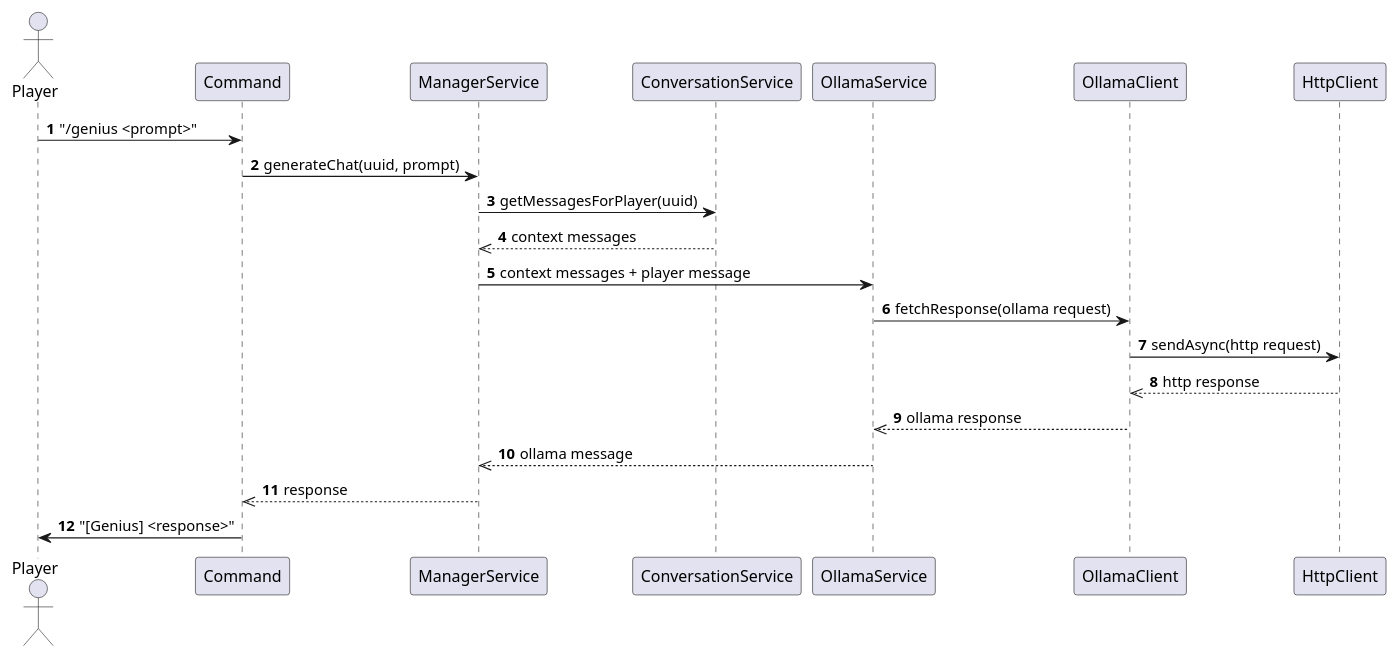
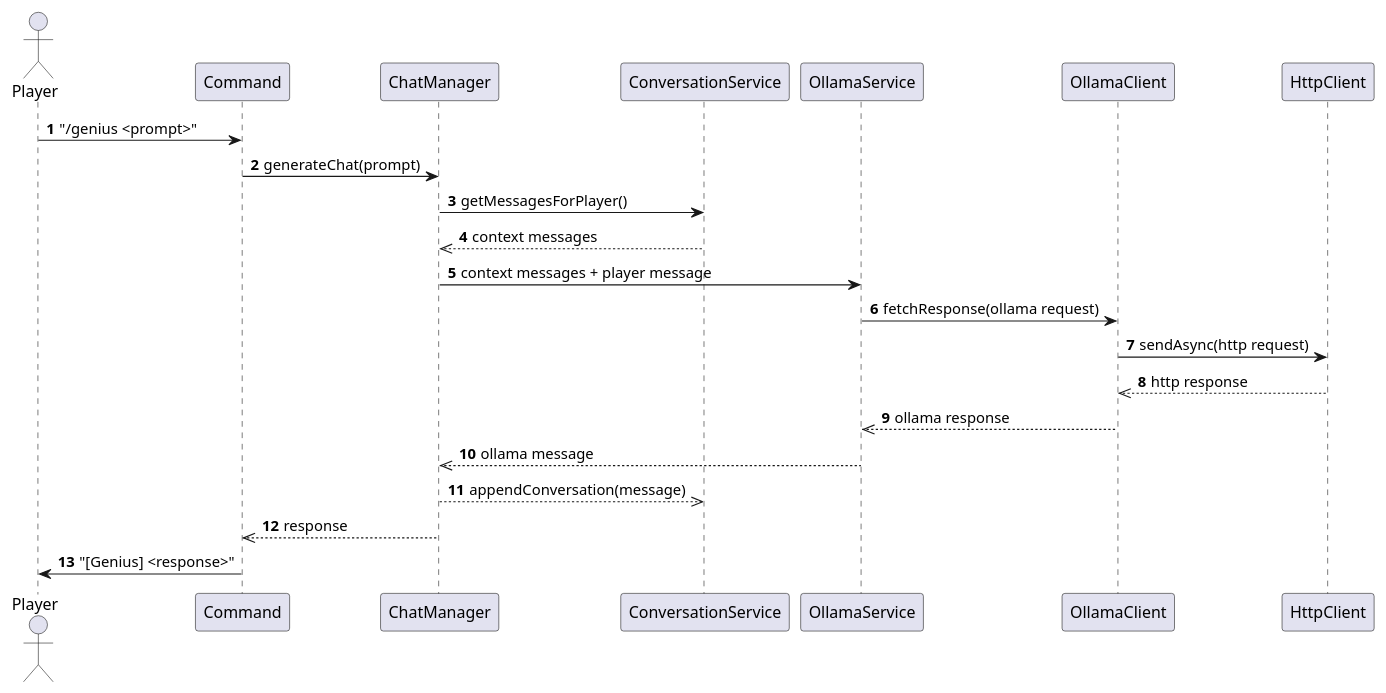
Before and after one commit to fletchly/genius: the diagram in diagrams/ollama.puml, drawn with PlantUML. The commit also changed 11 other files, not shown here.

```diff
--- a/diagrams/ollama.puml
+++ b/diagrams/ollama.puml
@@ -1,28 +1,29 @@
 @startuml
 autonumber
 
 actor Player
 participant Command
-participant ManagerService
+participant ChatManager
 participant ConversationService
 participant OllamaService
 participant OllamaClient
 participant HttpClient
 
 
 
 Player -> Command: "/genius <prompt>"
-Command -> ManagerService: generateChat(uuid, prompt)
-ManagerService -> ConversationService: getMessagesForPlayer(uuid)
-ConversationService -->> ManagerService: context messages
-ManagerService -> OllamaService: context messages + player message
+Command -> ChatManager: generateChat(prompt)
+ChatManager -> ConversationService: getMessagesForPlayer()
+ConversationService -->> ChatManager: context messages
+ChatManager -> OllamaService: context messages + player message
 OllamaService -> OllamaClient: fetchResponse(ollama request)
 OllamaClient -> HttpClient: sendAsync(http request)
 
 HttpClient -->> OllamaClient: http response
 OllamaClient -->> OllamaService: ollama response
-OllamaService -->> ManagerService: ollama message
-ManagerService -->> Command: response
+OllamaService -->> ChatManager: ollama message
+ChatManager -->> ConversationService: appendConversation(message)
+ChatManager -->> Command: response
 Command -> Player: "[Genius] <response>"
 
 @enduml
```
